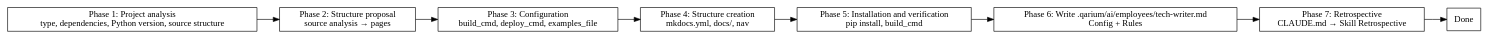
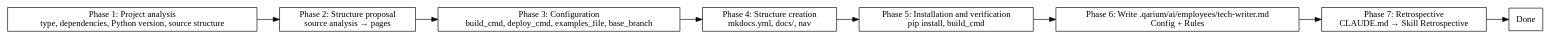
The diagram in skills/employees-tech-writer-onboarding/SKILL.md (qarium/ai-python), drawn with Graphviz before and after one commit. The commit also changed other lines of this file and 1 other file, not shown here.

````diff
--- a/skills/employees-tech-writer-onboarding/SKILL.md
+++ b/skills/employees-tech-writer-onboarding/SKILL.md
@@ -37,21 +37,21 @@
 ```dot
 digraph flow {
     rankdir=LR;
     analyze [label="Phase 1: Project analysis\ntype, dependencies, Python version, source structure" shape=box];
     structure [label="Phase 2: Structure proposal\nsource analysis → pages" shape=box];
-    config [label="Phase 3: Configuration\nbuild_cmd, deploy_cmd, examples_file" shape=box];
+    config [label="Phase 3: Configuration\nbuild_cmd, deploy_cmd, examples_file, base_branch" shape=box];
     create [label="Phase 4: Structure creation\nmkdocs.yml, docs/, nav" shape=box];
     install [label="Phase 5: Installation and verification\npip install, build_cmd" shape=box];
     rules [label="Phase 6: Write .qarium/ai/employees/tech-writer.md\nConfig + Rules" shape=box];
     retro [label="Phase 7: Retrospective\nCLAUDE.md → Skill Retrospective" shape=box];
     done [label="Done" shape=box];
 
     analyze -> structure;
     structure -> config;
     config -> create;
     create -> install;
     install -> rules;
     rules -> retro;
     retro -> done;
 }
 ```
````
